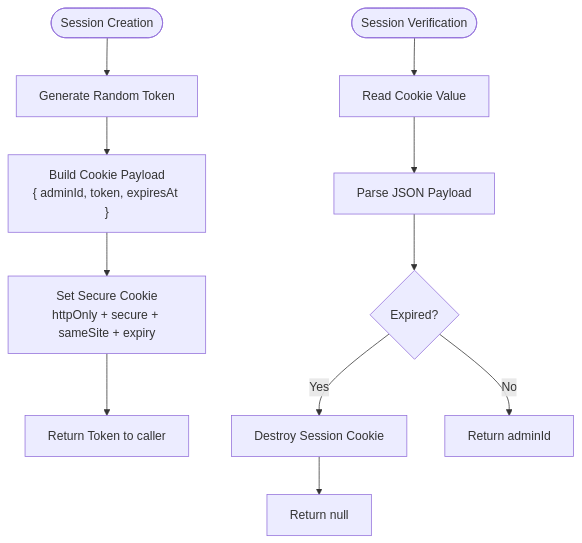
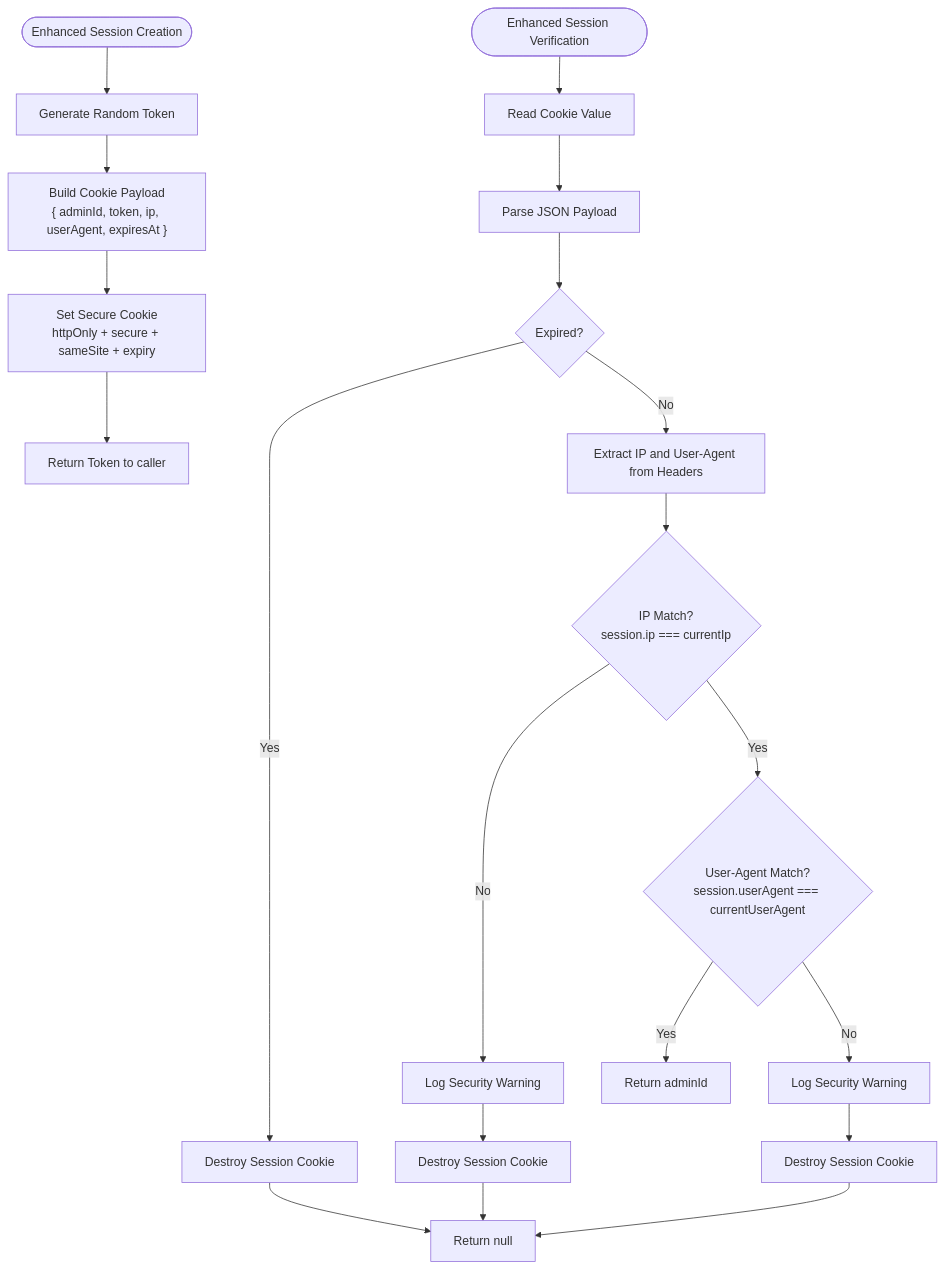
Before and after one commit to xLegarda/GreenAxis: the third of 7 diagrams in .qoder/repowiki/en/content/Security Implementation/Authentication System.md, drawn with Mermaid. The commit also changed other lines of this file and 42 other files, not shown here.

````diff
--- a/.qoder/repowiki/en/content/Security Implementation/Authentication System.md
+++ b/.qoder/repowiki/en/content/Security Implementation/Authentication System.md
@@ -201,13 +218,22 @@
 ```mermaid
 flowchart TD
-Start(["Session Creation"]) --> GenToken["Generate Random Token"]
-GenToken --> BuildCookie["Build Cookie Payload<br/>{ adminId, token, expiresAt }"]
+Start(["Enhanced Session Creation"]) --> GenToken["Generate Random Token"]
+GenToken --> BuildCookie["Build Cookie Payload<br/>{ adminId, token, ip, userAgent, expiresAt }"]
 BuildCookie --> SetCookie["Set Secure Cookie<br/>httpOnly + secure + sameSite + expiry"]
 SetCookie --> ReturnToken["Return Token to caller"]
-VerifyStart(["Session Verification"]) --> ReadCookie["Read Cookie Value"]
+VerifyStart(["Enhanced Session Verification"]) --> ReadCookie["Read Cookie Value"]
 ReadCookie --> ParseJSON["Parse JSON Payload"]
 ParseJSON --> CheckExpiry{"Expired?"}
 CheckExpiry --> |Yes| Destroy["Destroy Session Cookie"]
 Destroy --> NullReturn["Return null"]
-CheckExpiry --> |No| ReturnAdmin["Return adminId"]
+CheckExpiry --> |No| ExtractHeaders["Extract IP and User-Agent from Headers"]
+ExtractHeaders --> ValidateIP{"IP Match?<br/>session.ip === currentIp"}
+ValidateIP --> |No| LogWarning["Log Security Warning"]
+LogWarning --> Destroy2["Destroy Session Cookie"]
+Destroy2 --> NullReturn
+ValidateIP --> |Yes| ValidateUA{"User-Agent Match?<br/>session.userAgent === currentUserAgent"}
+ValidateUA --> |No| LogWarning2["Log Security Warning"]
+LogWarning2 --> Destroy3["Destroy Session Cookie"]
+Destroy3 --> NullReturn
+ValidateUA --> |Yes| ReturnAdmin["Return adminId"]
 ```
````
